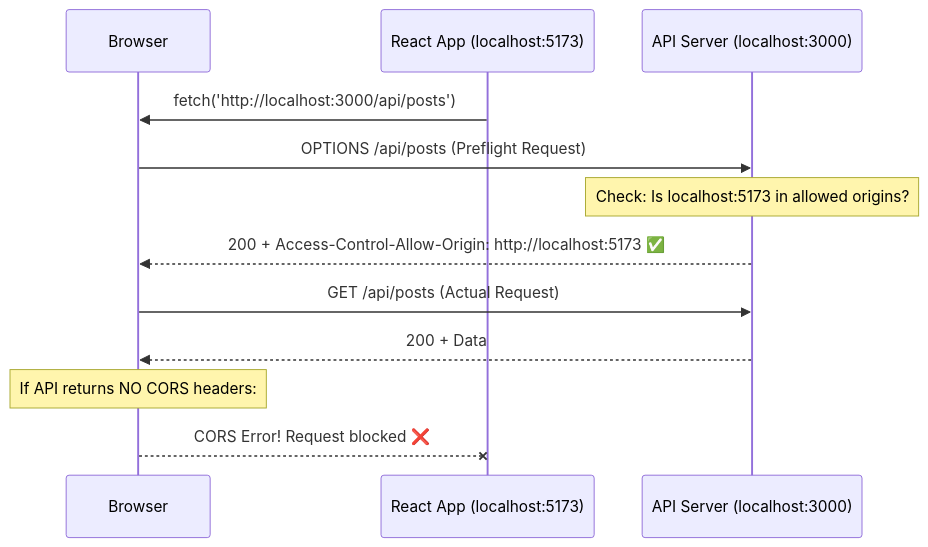
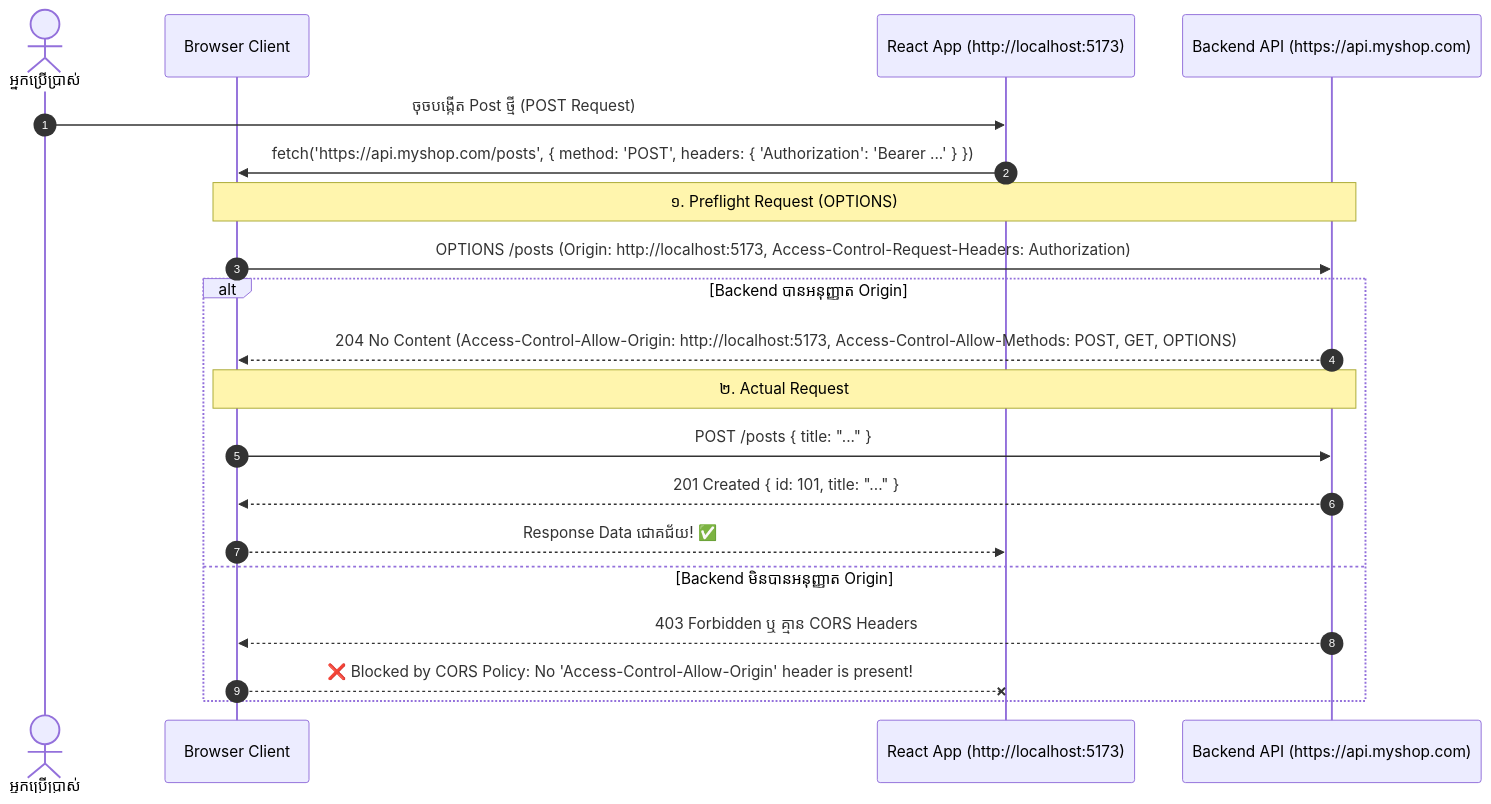
Before and after one commit to Ari-ICU/full-stack-short-coures: the diagram in src/courses/react/module-13-api-integration/01-rest-api-design.mdx, drawn with Mermaid. The commit also changed other lines of this file and 26 other files, not shown here.

Commit message:
docs: update React course content for modules 9 through 14

````diff
--- a/src/courses/react/module-13-api-integration/01-rest-api-design.mdx
+++ b/src/courses/react/module-13-api-integration/01-rest-api-design.mdx
@@ -65,16 +88,25 @@
 ```mermaid
 sequenceDiagram
-    participant Browser
-    participant React as React App (localhost:5173)
-    participant API as API Server (localhost:3000)
+    autonumber
+    actor User as អ្នកប្រើប្រាស់
+    participant Browser as Browser Client
+    participant React as React App (http://localhost:5173)
+    participant API as Backend API (https://api.myshop.com)
 
-    React->>Browser: fetch('http://localhost:3000/api/posts')
-    Browser->>API: OPTIONS /api/posts (Preflight Request)
-    Note over API: Check: Is localhost:5173 in allowed origins?
-    API-->>Browser: 200 + Access-Control-Allow-Origin: http://localhost:5173 ✅
-    Browser->>API: GET /api/posts (Actual Request)
-    API-->>Browser: 200 + Data
-
-    Note over Browser: If API returns NO CORS headers:
-    Browser--xReact: CORS Error! Request blocked ❌
+    User->>React: ចុចបង្កើត Post ថ្មី (POST Request)
+    React->>Browser: fetch('https://api.myshop.com/posts', { method: 'POST', headers: { 'Authorization': 'Bearer ...' } })
+    
+    Note over Browser, API: ១. Preflight Request (OPTIONS)
+    Browser->>API: OPTIONS /posts (Origin: http://localhost:5173, Access-Control-Request-Headers: Authorization)
+    
+    alt Backend បានអនុញ្ញាត Origin
+        API-->>Browser: 204 No Content (Access-Control-Allow-Origin: http://localhost:5173, Access-Control-Allow-Methods: POST, GET, OPTIONS)
+        Note over Browser, API: ២. Actual Request
+        Browser->>API: POST /posts { title: "..." }
+        API-->>Browser: 201 Created { id: 101, title: "..." }
+        Browser-->>React: Response Data ជោគជ័យ! ✅
+    else Backend មិនបានអនុញ្ញាត Origin
+        API-->>Browser: 403 Forbidden ឬ គ្មាន CORS Headers
+        Browser--xReact: ❌ Blocked by CORS Policy: No 'Access-Control-Allow-Origin' header is present!
+    end
 ```
````
